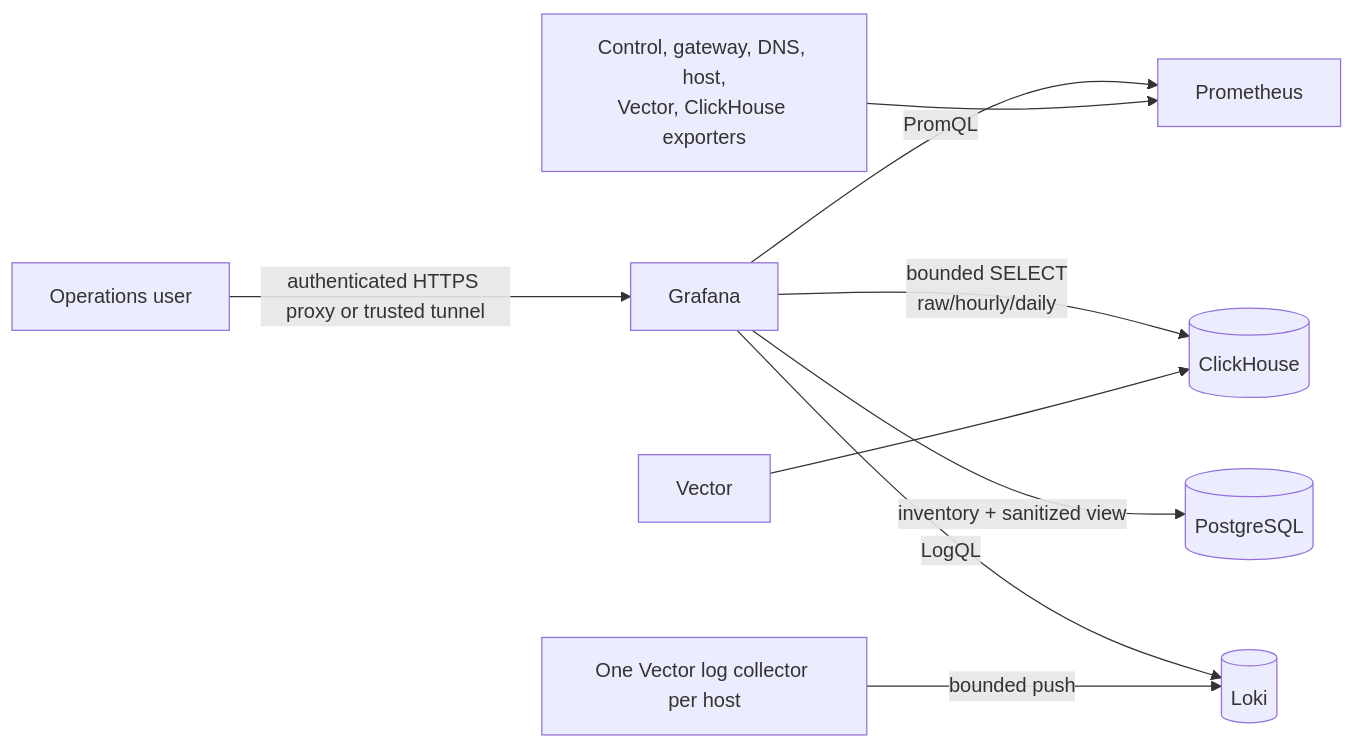
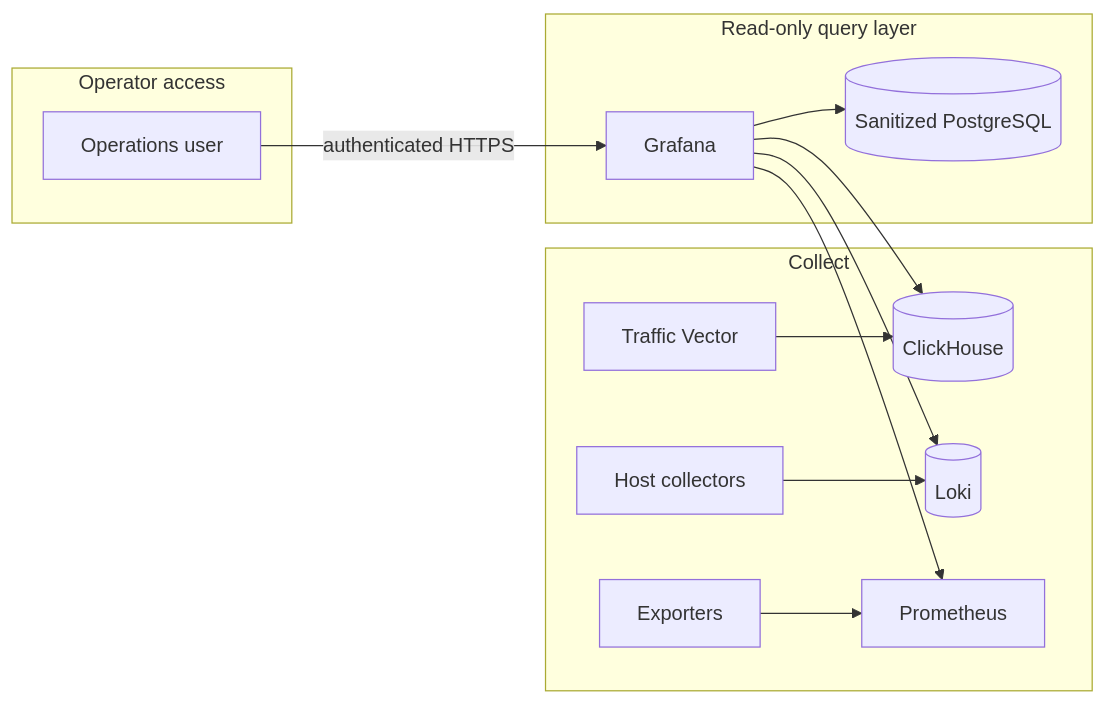
The fifth of 5 diagrams in docs/architecture/data-flows.md (vaheed/CDNFoundry), drawn with Mermaid before and after one commit. The commit also changed other lines of this file and 24 other files, not shown here.

````diff
--- a/docs/architecture/data-flows.md
+++ b/docs/architecture/data-flows.md
@@ -168,11 +182,17 @@
 ```mermaid
 flowchart LR
-    Operator["Operations user"] -->|"authenticated HTTPS proxy or trusted tunnel"| Grafana["Grafana"]
-    Grafana -->|"PromQL"| Prometheus["Prometheus"]
-    Grafana -->|"bounded SELECT<br/>raw/hourly/daily"| ClickHouse[("ClickHouse")]
-    Grafana -->|"inventory + sanitized view"| PostgreSQL[("PostgreSQL")]
-    Grafana -->|"LogQL"| Loki[("Loki")]
-    Vector["Vector"] --> ClickHouse
-    HostCollectors["One Vector log collector per host"] -->|"bounded push"| Loki
-    Exporters["Control, gateway, DNS, host,<br/>Vector, ClickHouse exporters"] --> Prometheus
+    subgraph Collect["Collect"]
+      Vector["Traffic Vector"] --> ClickHouse[("ClickHouse")]
+      HostCollectors["Host collectors"] --> Loki[("Loki")]
+      Exporters["Exporters"] --> Prometheus["Prometheus"]
+    end
+    subgraph Query["Read-only query layer"]
+      Grafana["Grafana"] --> Prometheus
+      Grafana --> ClickHouse
+      Grafana --> PostgreSQL[("Sanitized PostgreSQL")]
+      Grafana --> Loki
+    end
+    subgraph Access["Operator access"]
+      Operator["Operations user"] -->|"authenticated HTTPS"| Grafana
+    end
 ```
````
